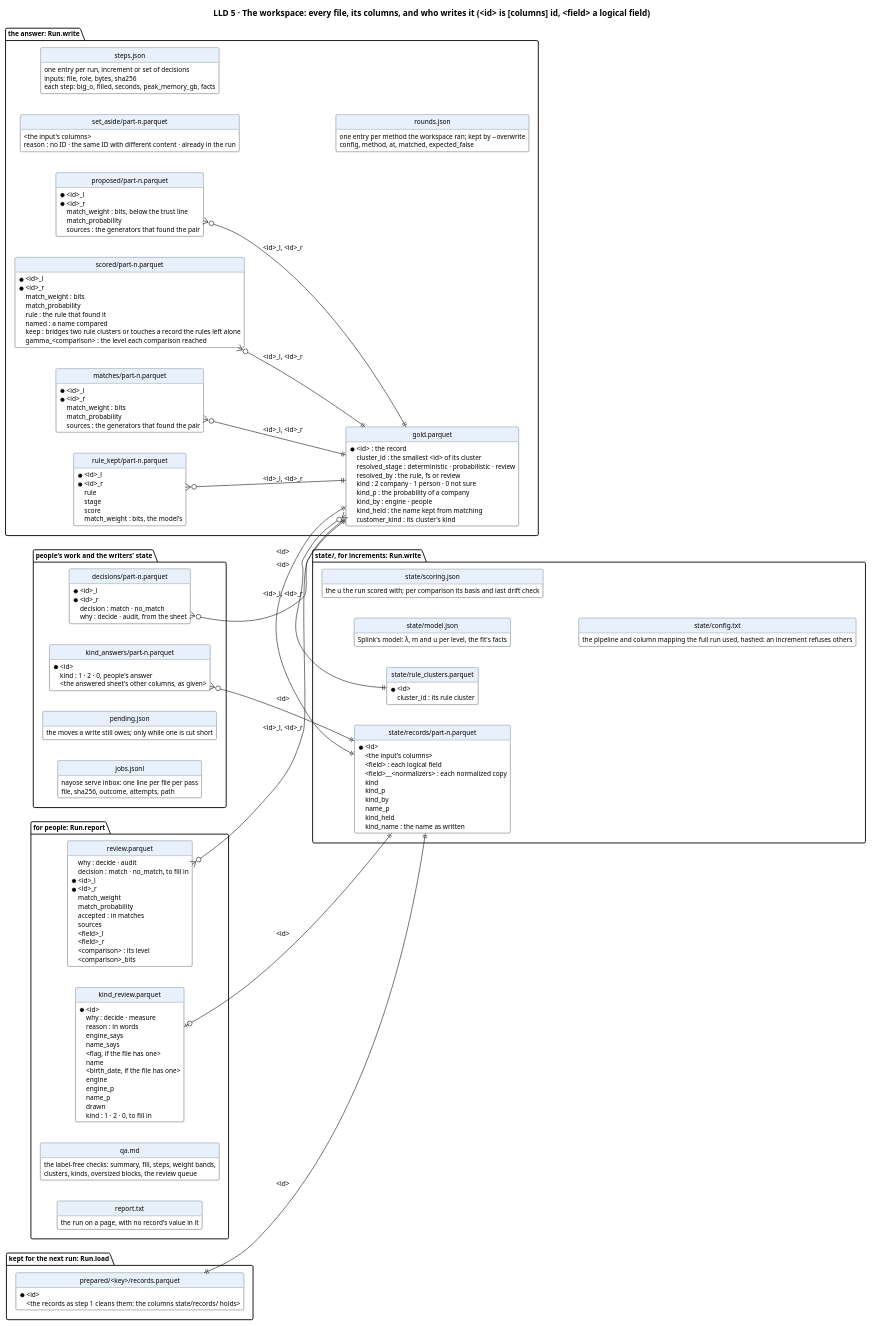
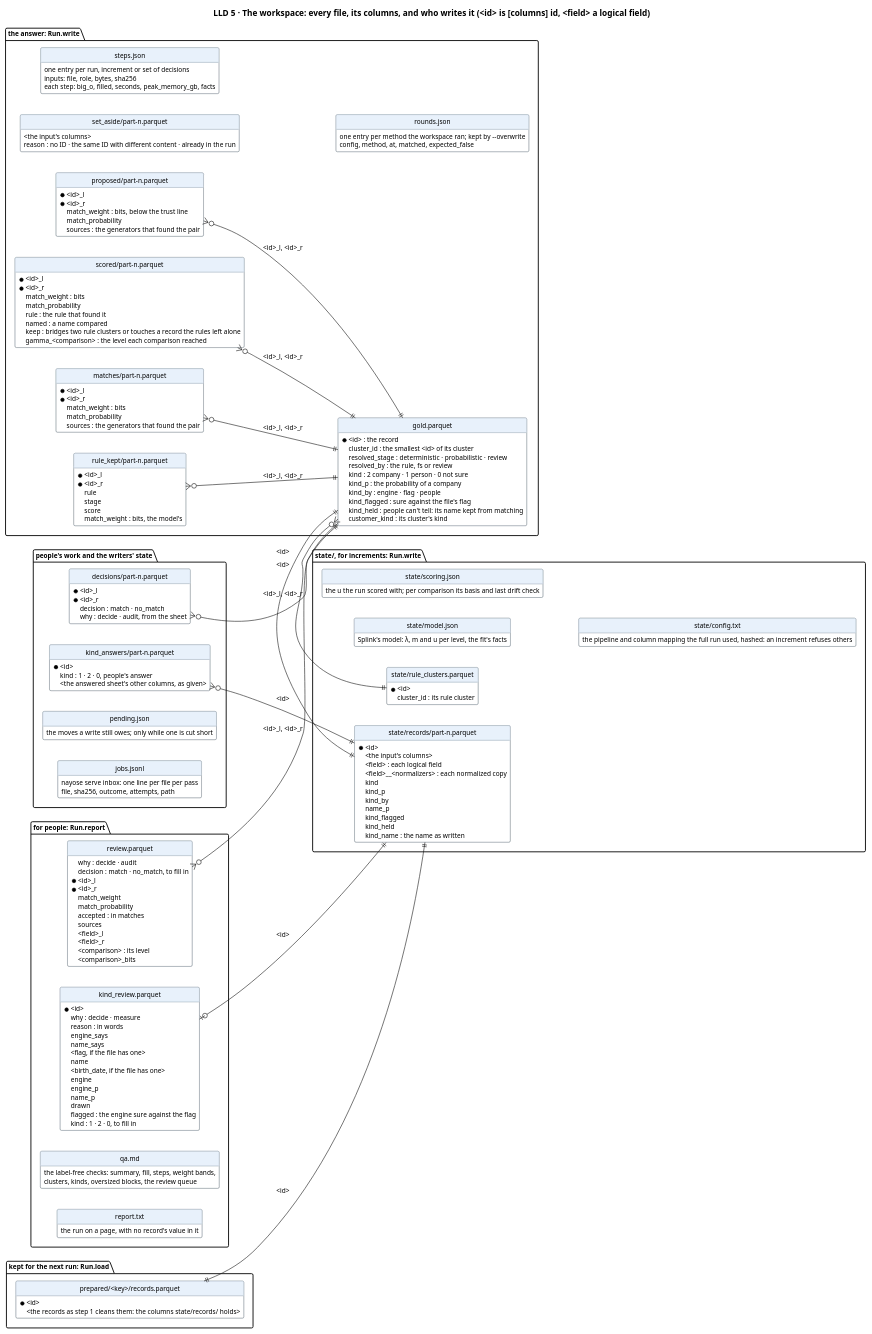
The diagram in docs/diagrams/data.puml (mvsbm/entity_matching), drawn with PlantUML before and after one commit. The commit also changed 26 other files, not shown here.

```diff
--- a/docs/diagrams/data.puml
+++ b/docs/diagrams/data.puml
@@ -1,182 +1,185 @@
 @startuml data
 title LLD 5 · The workspace: every file, its columns, and who writes it (<id> is [columns] id, <field> a logical field)
 set namespaceSeparator none
 left to right direction
 hide circle
 hide methods
 skinparam defaultFontSize 11
 skinparam class {
   BackgroundColor #FFFFFF
   BorderColor #65717E
   HeaderBackgroundColor #E8F1FB
 }
 
 package "the answer: Run.write" {
   entity "gold.parquet" as gold {
     * <id> : the record
     cluster_id : the smallest <id> of its cluster
     resolved_stage : deterministic · probabilistic · review
     resolved_by : the rule, fs or review
     kind : 2 company · 1 person · 0 not sure
     kind_p : the probability of a company
-    kind_by : engine · people
-    kind_held : the name kept from matching
+    kind_by : engine · flag · people
+    kind_flagged : sure against the file's flag
+    kind_held : people can't tell: its name kept from matching
     customer_kind : its cluster's kind
   }
   entity "matches/part-n.parquet" as matches {
     * <id>_l
     * <id>_r
     match_weight : bits
     match_probability
     sources : the generators that found the pair
   }
   entity "rule_kept/part-n.parquet" as rule_kept {
     * <id>_l
     * <id>_r
     rule
     stage
     score
     match_weight : bits, the model's
     merged : at the trust line or above (none set: every pair), and no no_match
   }
   entity "proposed/part-n.parquet" as proposed {
     * <id>_l
     * <id>_r
     match_weight : bits, below the trust line
     match_probability
     sources : the generators that found the pair
   }
   entity "scored/part-n.parquet" as scored {
     * <id>_l
     * <id>_r
     match_weight : bits
     match_probability
     sources : the generators that found the pair (none: a rule alone)
     rule : the rule that found it
     named : a name compared
     keep : bridges two rule clusters or touches a record the rules left alone
     gamma_<comparison> : the level each comparison reached
   }
   entity "set_aside/part-n.parquet" as set_aside {
     <the input's columns>
     reason : no ID · the same ID with different content · already in the run
   }
   entity "steps.json" as steps {
     one entry per run, increment or set of decisions
     inputs: file, role, bytes, sha256
     each step: big_o, filled, seconds, peak_memory_gb, facts
   }
   entity "rounds.json" as rounds {
     one entry per method the workspace ran; kept by --overwrite
     config, method, at, matched, expected_false
   }
 }
 
 package "state/, for increments: Run.write" {
   entity "state/records/part-n.parquet" as records {
     * <id>
     <the input's columns>
     <field> : each logical field
     <field>__<normalizers> : each normalized copy
     kind
     kind_p
     kind_by
     name_p
+    kind_flagged
     kind_held
     kind_name : the name as written
   }
   entity "state/rule_clusters.parquet" as rule_clusters {
     * <id>
     cluster_id : its rule cluster
   }
   entity "state/model.json" as model {
     Splink's model: λ, m and u per level, the fit's facts
   }
   entity "state/scoring.json" as scoring {
     the u the run scored with; per comparison its basis and last drift check
   }
   entity "state/config.txt" as config {
     the pipeline and column mapping the full run used, hashed: an increment refuses others
   }
 }
 
 package "kept for the next run: Run.load" {
   entity "prepared/<key>/records.parquet" as prepared {
     * <id>
     <the records as step 1 cleans them: the columns state/records/ holds>
   }
 }
 
 package "for people: Run.report" {
   entity "review.parquet" as review {
     why : decide · audit
     decision : match · no_match, to fill in
     * <id>_l
     * <id>_r
     match_weight
     match_probability
     accepted : in matches
     sources
     <field>_l
     <field>_r
     <comparison> : its level
     <comparison>_bits
   }
   entity "kind_review.parquet" as kind_review {
     * <id>
     why : decide · measure
     reason : in words
     engine_says
     name_says
     <flag, if the file has one>
     name
     <birth_date, if the file has one>
     engine
     engine_p
     name_p
     drawn
+    flagged : the engine sure against the flag
     kind : 1 · 2 · 0, to fill in
   }
   entity "qa.md" as qa {
     the label-free checks: summary, fill, steps, weight bands,
     clusters, kinds, oversized blocks, the review queue
   }
   entity "report.txt" as report {
     the run on a page, with no record's value in it
   }
 }
 
 package "people's work and the writers' state" {
   entity "decisions/part-n.parquet" as decisions {
     * <id>_l
     * <id>_r
     decision : match · no_match
     why : decide · audit, from the sheet
     round : the round it was decided in (rounds.json)
   }
   entity "kind_answers/part-n.parquet" as kind_answers {
     * <id>
     kind : 1 · 2 · 0, people's answer
     <the answered sheet's other columns, as given>
   }
   entity "pending.json" as pending {
     the moves a write still owes; only while one is cut short
   }
   entity "jobs.jsonl" as jobs {
     nayose serve inbox: one line per file per pass
     file, sha256, outcome, attempts, path
   }
 }
 
 gold }o--|| rule_clusters : <id>
 matches }o--|| gold : <id>_l, <id>_r
 rule_kept }o--|| gold : <id>_l, <id>_r
 proposed }o--|| gold : <id>_l, <id>_r
 scored }o--|| gold : <id>_l, <id>_r
 records ||--|| gold : <id>
 kind_answers }o--|| records : <id>
 prepared ||--|| records : <id>
 review }o--|| gold : <id>_l, <id>_r
 kind_review |o--|| records : <id>
 decisions }o--|| gold : <id>_l, <id>_r
 @enduml
```
